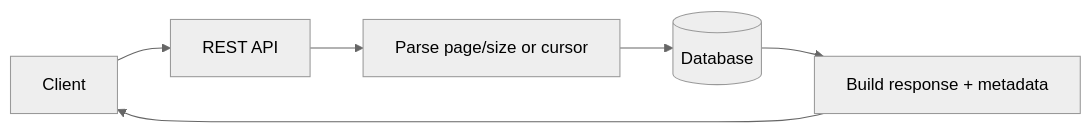
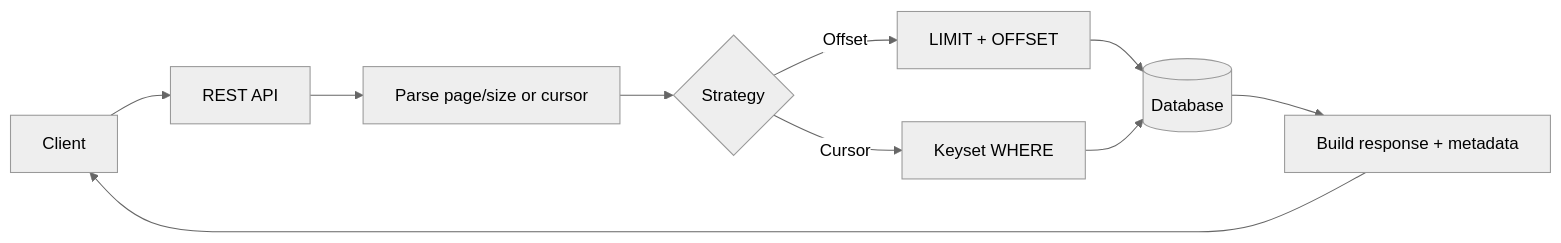
Diagram 15 of 28 in 07-api-design/README.md (hareramcse/SystemDesign), drawn with Mermaid (neutral theme) before and after one commit. The commit also changed other lines of this file and 14 other files, not shown here.

````diff
--- a/07-api-design/README.md
+++ b/07-api-design/README.md
@@ -1795,8 +1223,12 @@
 ```mermaid
 flowchart LR
     C[Client] --> API[REST API]
-    API --> Q[Parse page/size or cursor]
-    Q --> DB[(Database)]
-    DB --> R[Build response + metadata]
-    R --> C
+    API --> P[Parse page/size or cursor]
+    P --> Q{Strategy}
+    Q -->|Offset| SQL1[LIMIT + OFFSET]
+    Q -->|Cursor| SQL2[Keyset WHERE]
+    SQL1 --> DB[(Database)]
+    SQL2 --> DB
+    DB --> M[Build response + metadata]
+    M --> C
 ```
````
